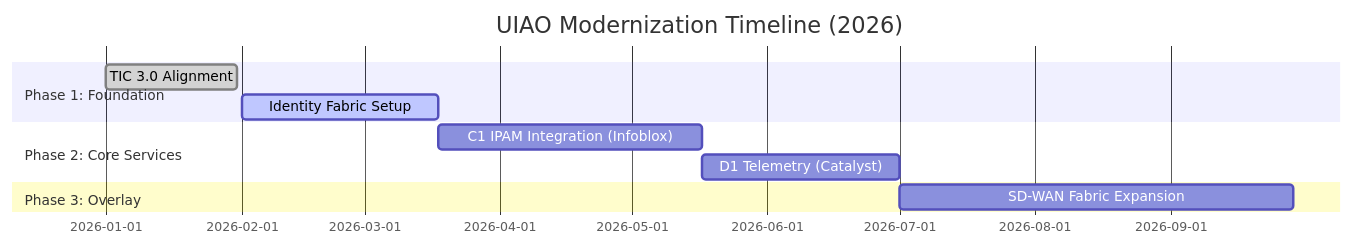
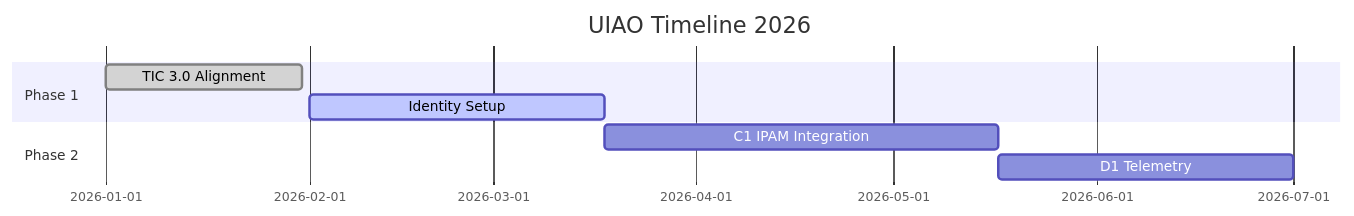
One commit to WhalerMike/uiao changed the fourth of 12 diagrams in diagram-review.md. Above: the diagram before and after it, drawn with Mermaid. The commit also changed other lines of this file, not shown here.

Commit message:
Simplify all 12 Mermaid diagrams to vanilla syntax for GitHub compatibility

````diff
--- a/diagram-review.md
+++ b/diagram-review.md
@@ -93,16 +51,11 @@
 ```mermaid
 gantt
-  title UIAO Modernization Timeline (2026)
-  dateFormat  YYYY-MM-DD
-
-  section Phase 1: Foundation
-  TIC 3.0 Alignment           :done, a1, 2026-01-01, 30d
-  Identity Fabric Setup        :active, a2, 2026-02-01, 45d
-
-  section Phase 2: Core Services
-  C1 IPAM Integration (Infoblox) :a3, after a2, 60d
-  D1 Telemetry (Catalyst)        :a4, after a3, 45d
-
-  section Phase 3: Overlay
-  SD-WAN Fabric Expansion        :a5, after a4, 90d
+    title UIAO Timeline 2026
+    dateFormat YYYY-MM-DD
+    section Phase 1
+    TIC 3.0 Alignment :done, a1, 2026-01-01, 30d
+    Identity Setup :active, a2, 2026-02-01, 45d
+    section Phase 2
+    C1 IPAM Integration :a3, after a2, 60d
+    D1 Telemetry :a4, after a3, 45d
 ```
````
